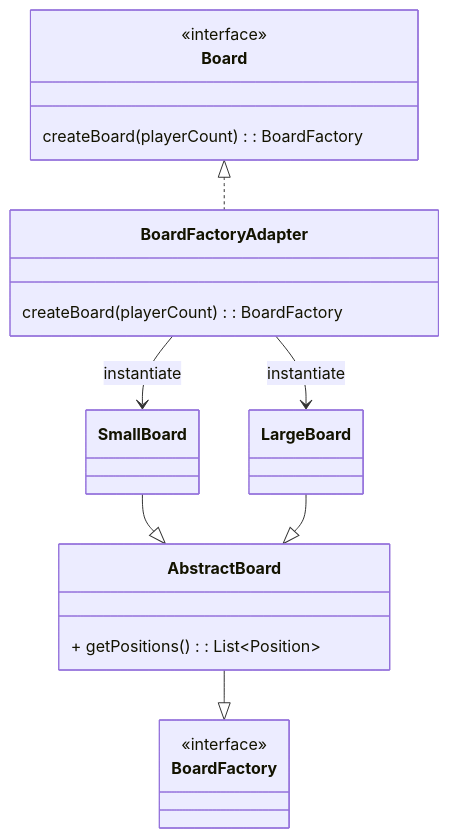
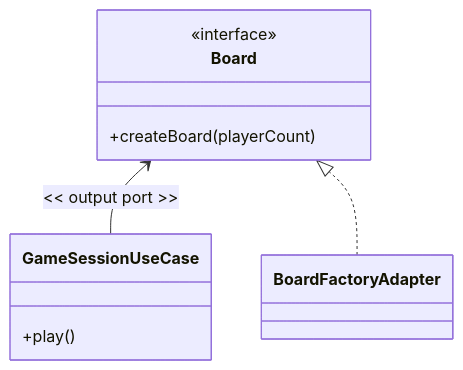
One commit to SirRmelTheThird/HyperJump changed the eighth of 30 diagrams in README.md. Above: the diagram before and after it, drawn with Mermaid. The commit also changed other lines of this file, not shown here.

````diff
--- a/README.md
+++ b/README.md
@@ -171,32 +214,19 @@
 ```mermaid
 classDiagram
-Board <|.. BoardFactoryAdapter
-BoardFactoryAdapter --> SmallBoard : instantiate
-BoardFactoryAdapter --> LargeBoard : instantiate
+    direction BT
 
-    SmallBoard --|> AbstractBoard
-    LargeBoard --|> AbstractBoard
-
-    AbstractBoard --|> BoardFactory
+    class GameSessionUseCase {
+        +play()
+    }
 
     class Board {
         <<interface>>
-        createBoard(playerCount): BoardFactory
+        +createBoard(playerCount)
     }
 
     class BoardFactoryAdapter {
-        createBoard(playerCount): BoardFactory
     }
 
-    class BoardFactory {
-        <<interface>>
-    }
-
-    class AbstractBoard {
-        + getPositions(): List~Position~
-    }
-
-    class SmallBoard 
-    
-    class LargeBoard 
+    GameSessionUseCase --> Board : << output port >>
+    BoardFactoryAdapter ..|> Board
 ```
````
